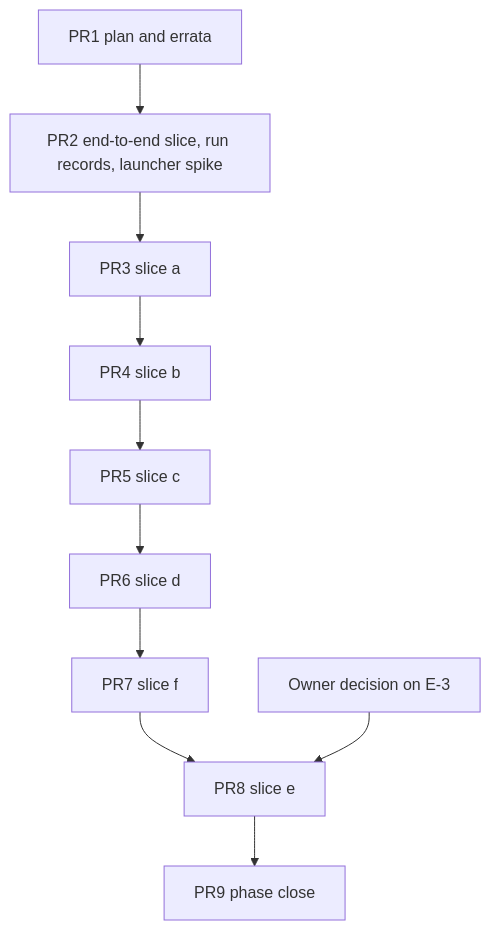
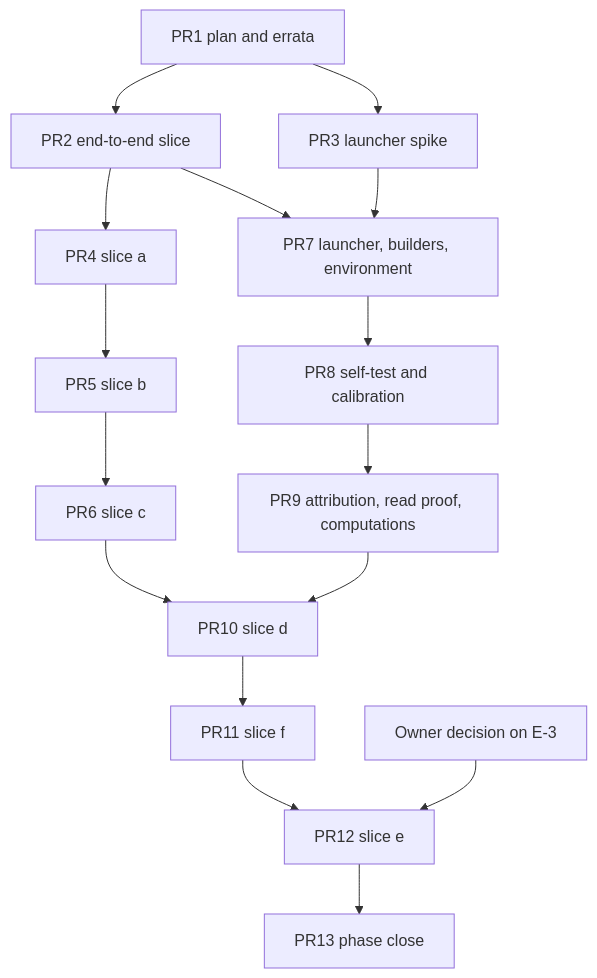
The diagram in docs/plans/2026-11-24-2115-feat-grade-command-plan.md (vinnyp/press-quality-lab), drawn with Mermaid before and after one commit. The commit also changed other lines of this file and 1 other file, not shown here.

First line of the commit message:
docs: revise the phase 3 plan after the gate's second pass

````diff
--- a/docs/plans/2026-11-24-2115-feat-grade-command-plan.md
+++ b/docs/plans/2026-11-24-2115-feat-grade-command-plan.md
@@ -129,12 +141,18 @@
 ```mermaid
 flowchart TB
-  P[PR1 plan and errata] --> S[PR2 end-to-end slice, run records, launcher spike]
-  S --> A[PR3 slice a]
-  A --> B[PR4 slice b]
-  B --> C[PR5 slice c]
-  C --> D[PR6 slice d]
-  D --> F[PR7 slice f]
-  F --> E[PR8 slice e]
+  P[PR1 plan and errata] --> S[PR2 end-to-end slice]
+  P --> L[PR3 launcher spike]
+  S --> A[PR4 slice a]
+  A --> B[PR5 slice b]
+  B --> C[PR6 slice c]
+  L --> D1[PR7 launcher, builders, environment]
+  S --> D1
+  D1 --> D2[PR8 self-test and calibration]
+  D2 --> D3[PR9 attribution, read proof, computations]
+  C --> D[PR10 slice d]
+  D3 --> D
+  D --> F[PR11 slice f]
+  F --> E[PR12 slice e]
   O[Owner decision on E-3] --> E
-  E --> Z[PR9 phase close]
+  E --> Z[PR13 phase close]
 ```
````
